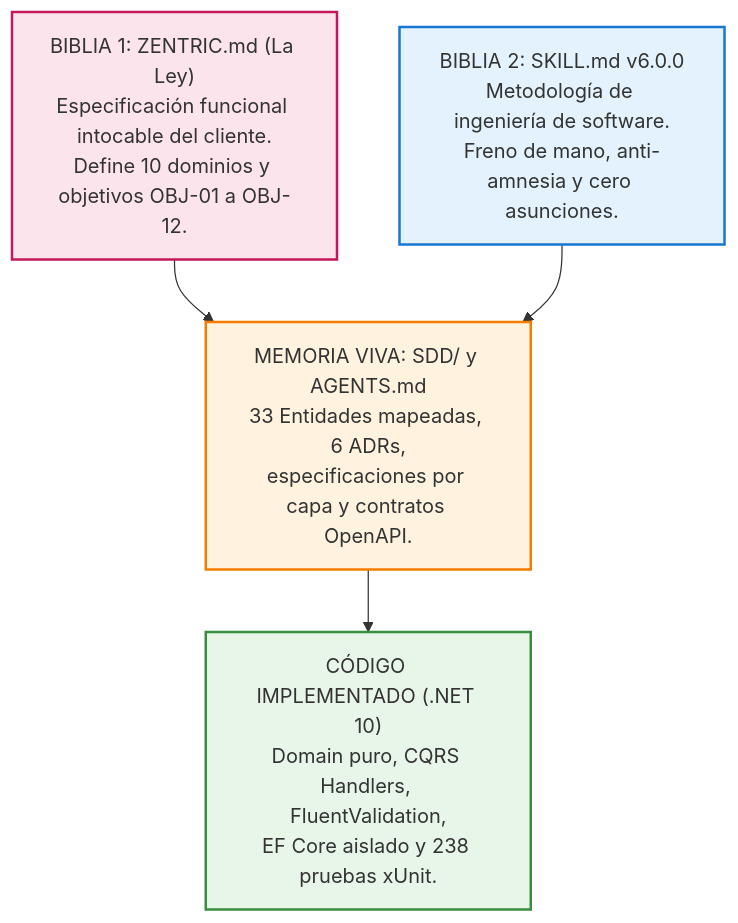
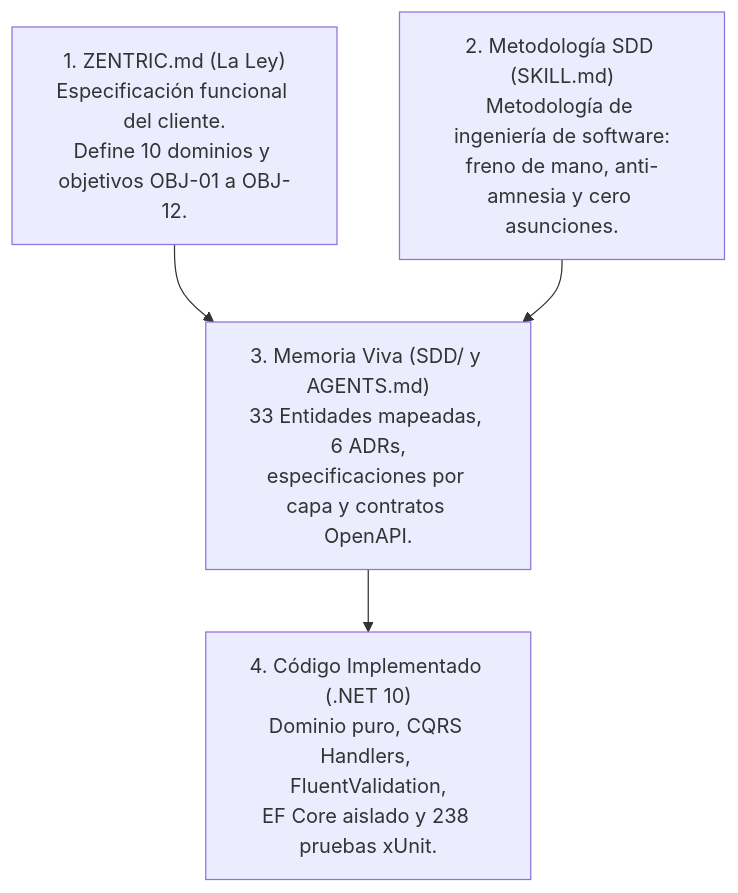
The first of 3 diagrams in README.md (D-MachadoDev/zentric-backend), drawn with Mermaid before and after one commit. The commit also changed other lines of this file, not shown here.

Commit message:
docs: refinar readme con estilo neutral, alto contraste en mermaid y matriz tecnica sin clasificaciones

````diff
--- a/README.md
+++ b/README.md
@@ -72,16 +70,11 @@
 ```mermaid
-graph TD
-    classDef ley fill:#fce4ec,stroke:#c2185b,stroke-width:2px;
-    classDef skill fill:#e3f2fd,stroke:#1976d2,stroke-width:2px;
-    classDef ssot fill:#fff3e0,stroke:#f57c00,stroke-width:2px;
-    classDef code fill:#e8f5e9,stroke:#388e3c,stroke-width:2px;
-
-    B1["BIBLIA 1: ZENTRIC.md (La Ley)<br/>Especificación funcional intocable del cliente.<br/>Define 10 dominios y objetivos OBJ-01 a OBJ-12."]:::ley
-    B2["BIBLIA 2: SKILL.md v6.0.0<br/>Metodología de ingeniería de software.<br/>Freno de mano, anti-amnesia y cero asunciones."]:::skill
-    SSOT["MEMORIA VIVA: SDD/ y AGENTS.md<br/>33 Entidades mapeadas, 6 ADRs,<br/>especificaciones por capa y contratos OpenAPI."]:::ssot
-    CODE["CÓDIGO IMPLEMENTADO (.NET 10)<br/>Domain puro, CQRS Handlers, FluentValidation,<br/>EF Core aislado y 238 pruebas xUnit."]:::code
+flowchart TD
+    B1["1. ZENTRIC.md (La Ley)<br/>Especificación funcional del cliente.<br/>Define 10 dominios y objetivos OBJ-01 a OBJ-12."]
+    B2["2. Metodología SDD (SKILL.md)<br/>Metodología de ingeniería de software:<br/>freno de mano, anti-amnesia y cero asunciones."]
+    SSOT["3. Memoria Viva (SDD/ y AGENTS.md)<br/>33 Entidades mapeadas, 6 ADRs,<br/>especificaciones por capa y contratos OpenAPI."]
+    CODE["4. Código Implementado (.NET 10)<br/>Dominio puro, CQRS Handlers, FluentValidation,<br/>EF Core aislado y 238 pruebas xUnit."]
 
     B1 --> SSOT
     B2 --> SSOT
     SSOT --> CODE
 ```
````
